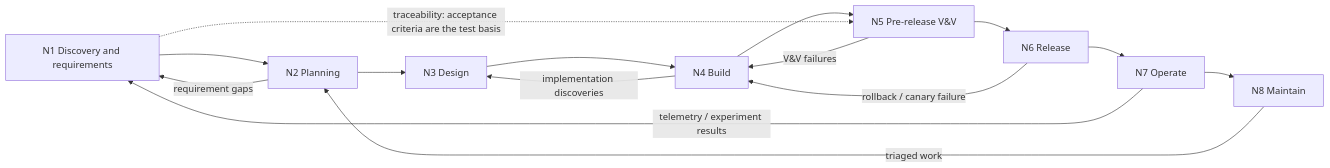
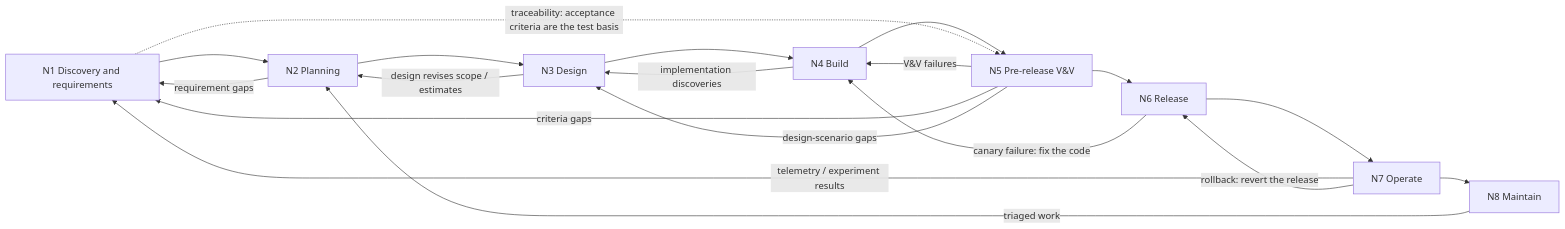
One commit to kashman001/ai-workspace-template changed the diagram in work/sdlc-ai-mapping/sdlc-map.md. Above: the diagram before and after it, drawn with Mermaid. The commit also changed other lines of this file, not shown here.

Commit message:
work(sdlc-ai-mapping): P2.1 edge fixes — N5 outbound gaps, hotfix note, rollback split, N3→N2, table retitle

````diff
--- a/work/sdlc-ai-mapping/sdlc-map.md
+++ b/work/sdlc-ai-mapping/sdlc-map.md
@@ -79,19 +79,23 @@
 ```mermaid
 flowchart LR
     N1["N1 Discovery and requirements"] --> N2["N2 Planning"]
     N2 --> N3["N3 Design"]
     N3 --> N4["N4 Build"]
     N4 --> N5["N5 Pre-release V&V"]
     N5 --> N6["N6 Release"]
     N6 --> N7["N7 Operate"]
     N7 --> N8["N8 Maintain"]
 
     N7 -- "telemetry / experiment results" --> N1
     N8 -- "triaged work" --> N2
     N5 -- "V&V failures" --> N4
-    N6 -- "rollback / canary failure" --> N4
+    N5 -- "criteria gaps" --> N1
+    N5 -- "design-scenario gaps" --> N3
+    N6 -- "canary failure: fix the code" --> N4
+    N7 -- "rollback: revert the release" --> N6
     N4 -- "implementation discoveries" --> N3
+    N3 -- "design revises scope / estimates" --> N2
     N2 -- "requirement gaps" --> N1
 
     N1 -. "traceability: acceptance criteria are the test basis" .-> N5
 ```
````
